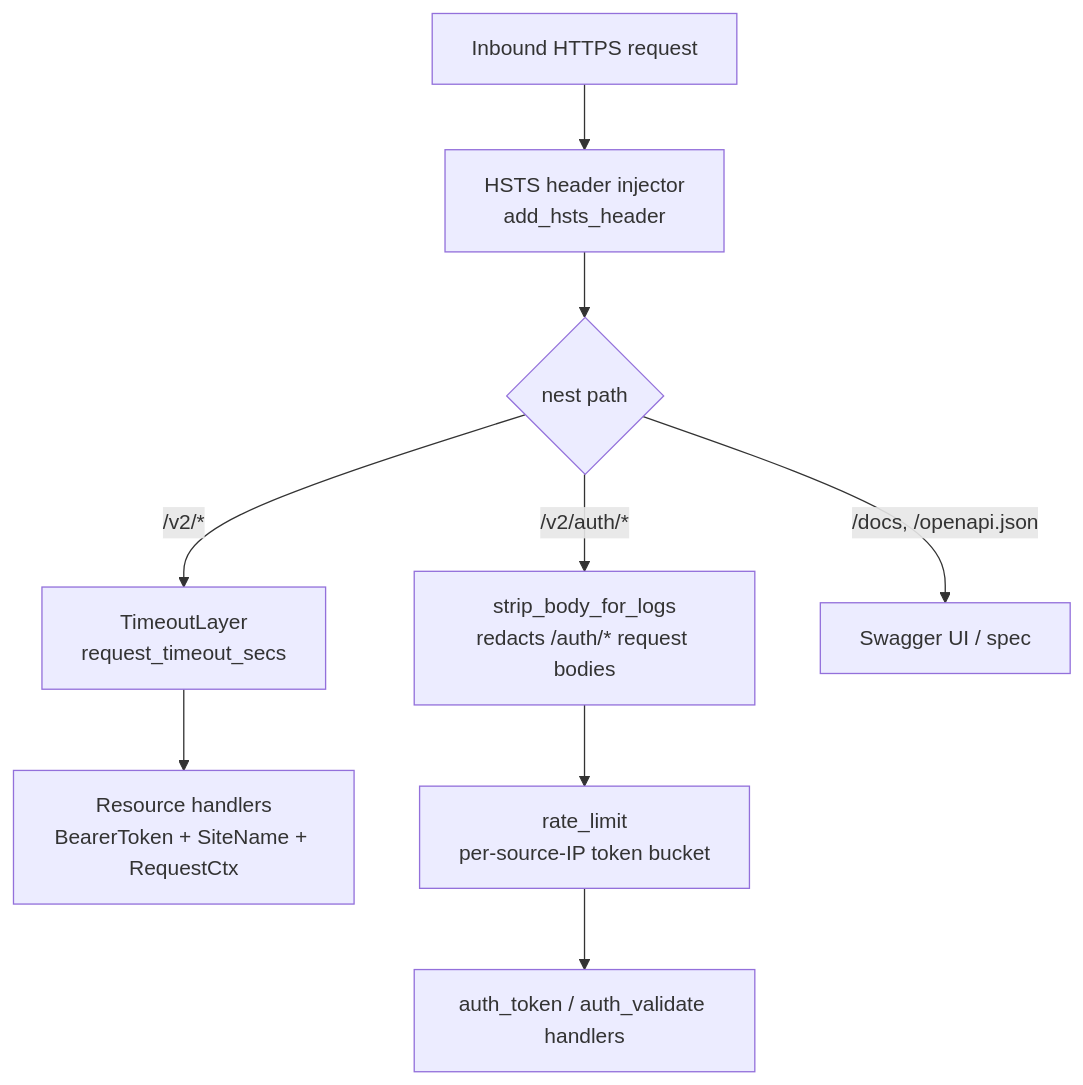
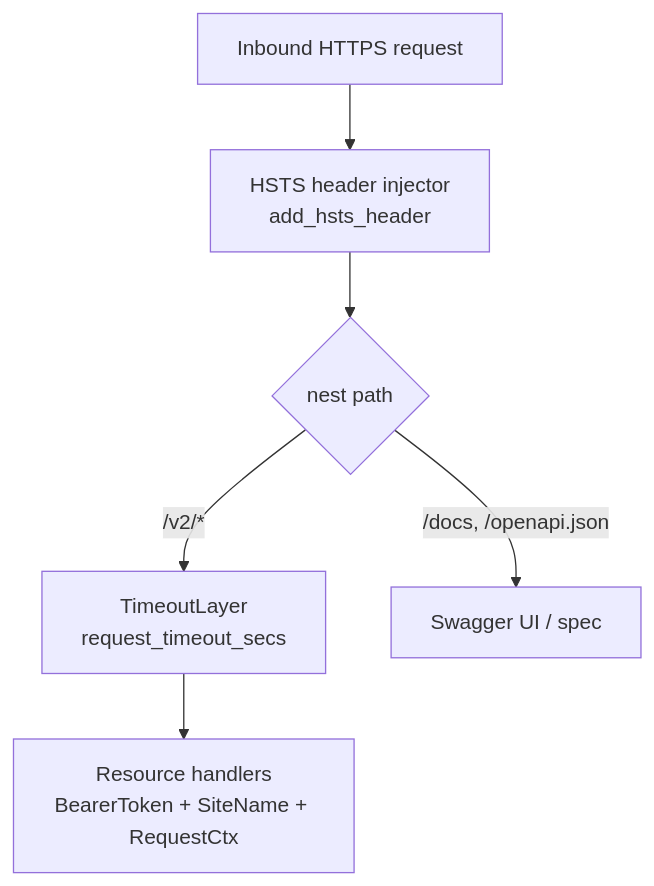
One commit to eth-cscs/manta changed the third of 3 diagrams in ARCHITECTURE.md. Above: the diagram before and after it, drawn with Mermaid. The commit also changed other lines of this file and 9 other files, not shown here.

````diff
--- a/ARCHITECTURE.md
+++ b/ARCHITECTURE.md
@@ -337,14 +336,10 @@
 ```mermaid
 flowchart TD
     Req[Inbound HTTPS request] --> HSTS[HSTS header injector<br/>add_hsts_header]
     HSTS --> Split{nest path}
 
     Split -->|/v2/*| Tmo[TimeoutLayer<br/>request_timeout_secs]
     Tmo --> Hdlr[Resource handlers<br/>BearerToken + SiteName + RequestCtx]
 
-    Split -->|/v2/auth/*| StripBody[strip_body_for_logs<br/>redacts /auth/* request bodies]
-    StripBody --> RL[rate_limit<br/>per-source-IP token bucket]
-    RL --> AuthH[auth_token / auth_validate handlers]
-
     Split -->|/docs, /openapi.json| Swagger[Swagger UI / spec]
 ```
````
